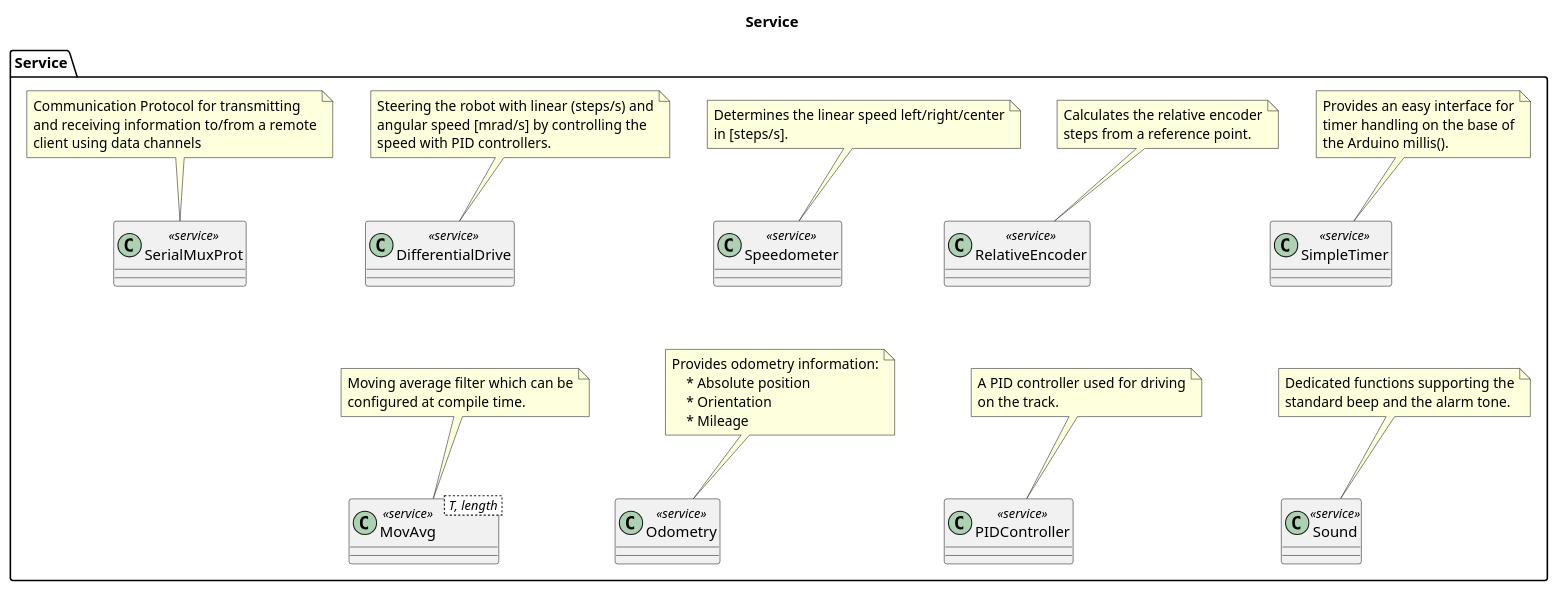
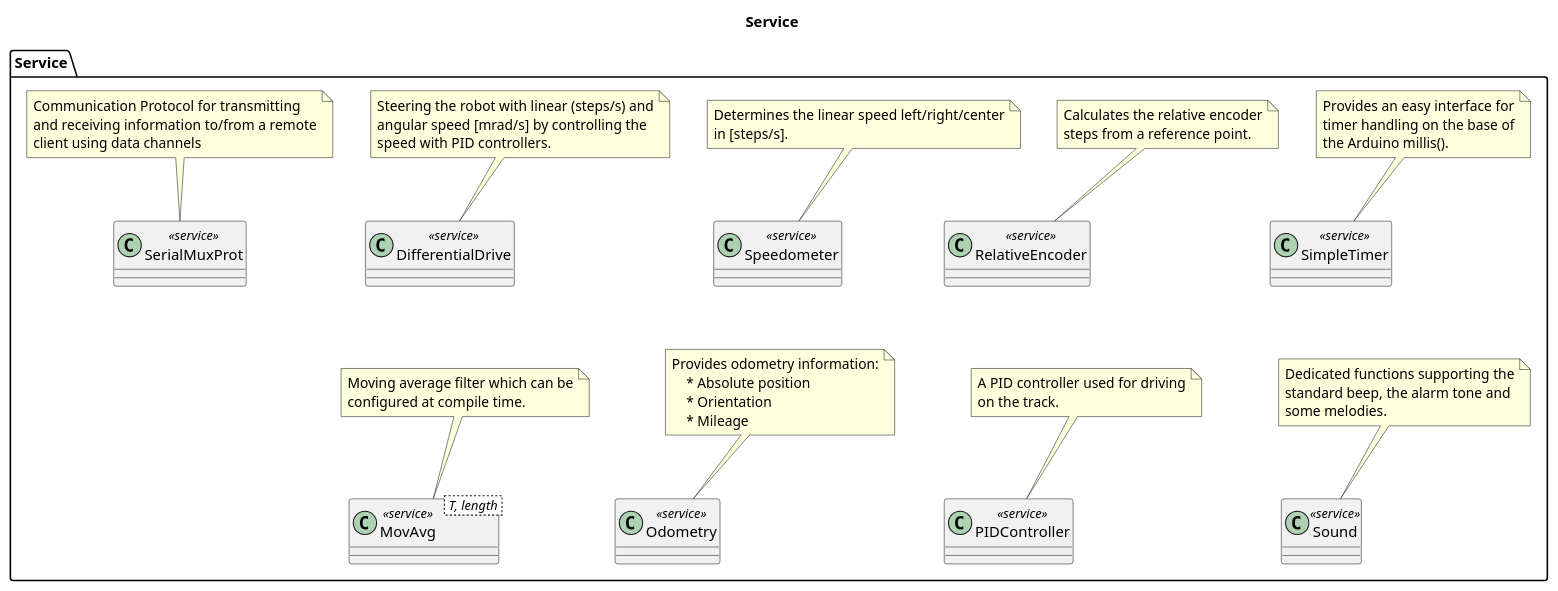
Before and after one commit to BlueAndi/RadonUlzer: the diagram in doc/architecture/uml/LogicalView/Service.plantuml, drawn with PlantUML. The commit also changed 1 other file, not shown here.

Commit message:
Architecture updated for melody feature.

```diff
--- a/doc/architecture/uml/LogicalView/Service.plantuml
+++ b/doc/architecture/uml/LogicalView/Service.plantuml
@@ -1,81 +1,82 @@
 @startuml
 
 title Service
 
 package "Service" as serviceLayer {
 
     class Sound <<service>>
 
     note top of Sound
         Dedicated functions supporting the
-        standard beep and the alarm tone.
+        standard beep, the alarm tone and
+        some melodies.
     end note
 
     class SimpleTimer <<service>>
 
     note top of SimpleTimer
         Provides an easy interface for
         timer handling on the base of
         the Arduino millis().
     end note
 
     class Odometry <<service>>
 
     note top of Odometry
         Provides odometry information:
             * Absolute position
             * Orientation
             * Mileage
     end note
 
     class PIDController <<service>>
 
     note top of PIDController
         A PID controller used for driving
         on the track.
     end note
 
     class MovAvg < T, length > <<service>>
 
     note top of MovAvg
         Moving average filter which can be
         configured at compile time.
     end note
 
     class RelativeEncoder <<service>>
 
     note top of RelativeEncoder
         Calculates the relative encoder
         steps from a reference point.
     end note
 
     class Speedometer <<service>>
 
     note top of Speedometer
         Determines the linear speed left/right/center
         in [steps/s].
     end note
 
     class DifferentialDrive <<service>>
 
     note top of DifferentialDrive
         Steering the robot with linear (steps/s) and
         angular speed [mrad/s] by controlling the
         speed with PID controllers.
     end note
 
     class SerialMuxProt <<service>>
 
     note top of SerialMuxProt
         Communication Protocol for transmitting 
         and receiving information to/from a remote
         client using data channels
     end note
 
     DifferentialDrive -[hidden]-- MovAvg
     Speedometer -[hidden]-- Odometry
     RelativeEncoder -[hidden]-- PIDController
     SimpleTimer -[hidden]-- Sound
 }
 
 @enduml
```
